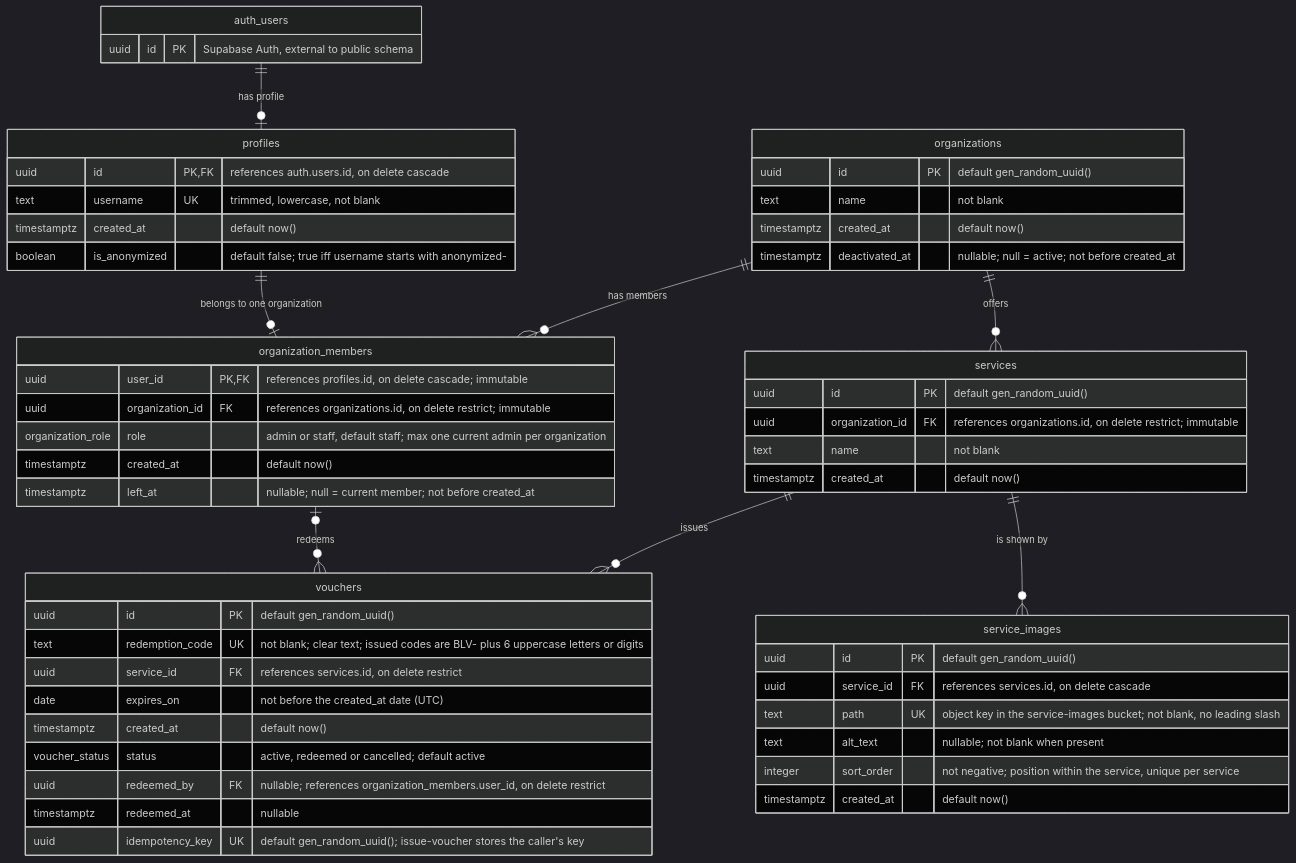
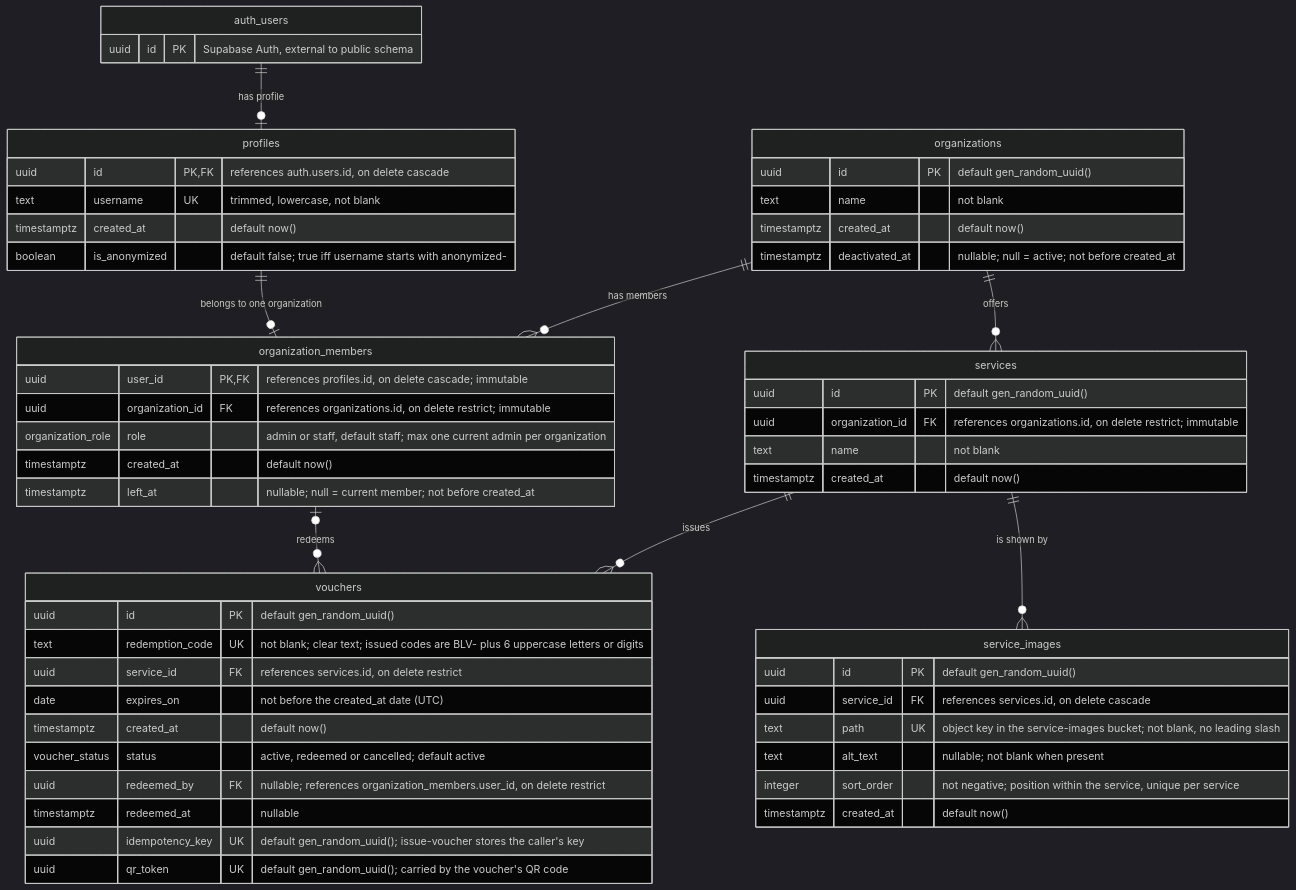
Before and after one commit to AchoDanailov/PartnersHub: the diagram in docs/database/ERD.md, drawn with Mermaid (dark theme). The commit also changed other lines of this file and 14 other files, not shown here.

````diff
--- a/docs/database/ERD.md
+++ b/docs/database/ERD.md
@@ -10,64 +10,65 @@
 ```mermaid
 erDiagram
     auth_users ||--o| profiles : "has profile"
     profiles ||--o| organization_members : "belongs to one organization"
     organizations ||--o{ organization_members : "has members"
     organizations ||--o{ services : "offers"
     services ||--o{ vouchers : "issues"
     services ||--o{ service_images : "is shown by"
     organization_members |o--o{ vouchers : "redeems"
 
     auth_users {
         uuid id PK "Supabase Auth, external to public schema"
     }
 
     profiles {
         uuid id PK, FK "references auth.users.id, on delete cascade"
         text username UK "trimmed, lowercase, not blank"
         timestamptz created_at "default now()"
         boolean is_anonymized "default false; true iff username starts with anonymized-"
     }
 
     organizations {
         uuid id PK "default gen_random_uuid()"
         text name "not blank"
         timestamptz created_at "default now()"
         timestamptz deactivated_at "nullable; null = active; not before created_at"
     }
 
     organization_members {
         uuid user_id PK, FK "references profiles.id, on delete cascade; immutable"
         uuid organization_id FK "references organizations.id, on delete restrict; immutable"
         organization_role role "admin or staff, default staff; max one current admin per organization"
         timestamptz created_at "default now()"
         timestamptz left_at "nullable; null = current member; not before created_at"
     }
 
     services {
         uuid id PK "default gen_random_uuid()"
         uuid organization_id FK "references organizations.id, on delete restrict; immutable"
         text name "not blank"
         timestamptz created_at "default now()"
     }
 
     vouchers {
         uuid id PK "default gen_random_uuid()"
         text redemption_code UK "not blank; clear text; issued codes are BLV- plus 6 uppercase letters or digits"
         uuid service_id FK "references services.id, on delete restrict"
         date expires_on "not before the created_at date (UTC)"
         timestamptz created_at "default now()"
         voucher_status status "active, redeemed or cancelled; default active"
         uuid redeemed_by FK "nullable; references organization_members.user_id, on delete restrict"
         timestamptz redeemed_at "nullable"
         uuid idempotency_key UK "default gen_random_uuid(); issue-voucher stores the caller's key"
+        uuid qr_token UK "default gen_random_uuid(); carried by the voucher's QR code"
     }
 
     service_images {
         uuid id PK "default gen_random_uuid()"
         uuid service_id FK "references services.id, on delete cascade"
         text path UK "object key in the service-images bucket; not blank, no leading slash"
         text alt_text "nullable; not blank when present"
         integer sort_order "not negative; position within the service, unique per service"
         timestamptz created_at "default now()"
     }
 ```
````
